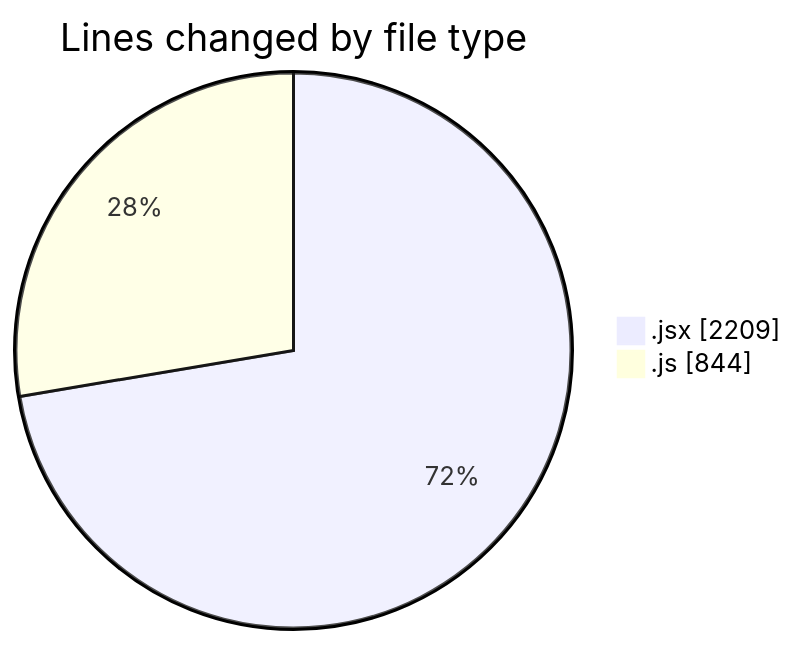
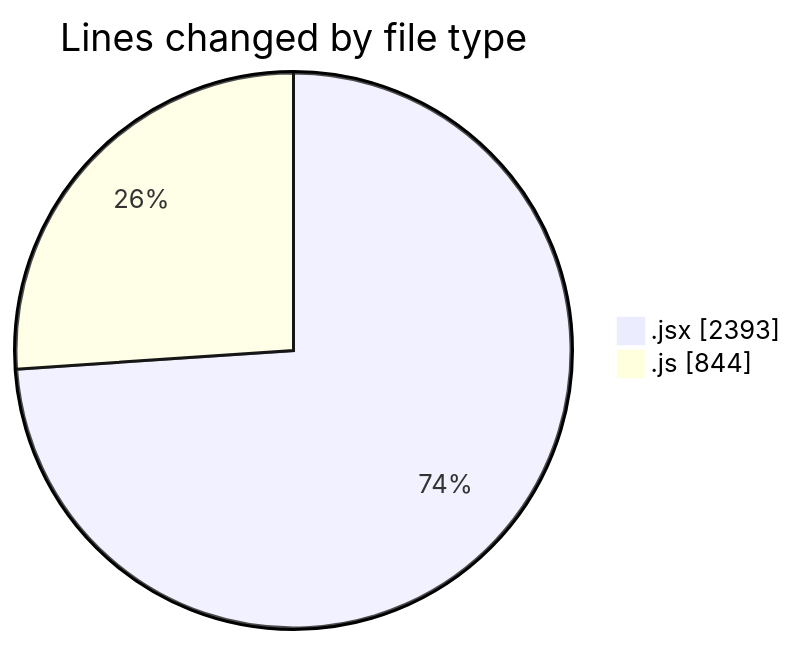
The first of 2 diagrams in 2025-06-28/argos/README.md (nxtqubesakshisongat/code-tracking), drawn with Mermaid before and after one commit. The commit also changed other lines of this file and 1 other file, not shown here.

````diff
--- a/2025-06-28/argos/README.md
+++ b/2025-06-28/argos/README.md
@@ -26,6 +27,6 @@
 ```mermaid
 pie showData
 title Lines changed by file type
-".jsx" : 2209
+".jsx" : 2393
 ".js" : 844
 ```
````
